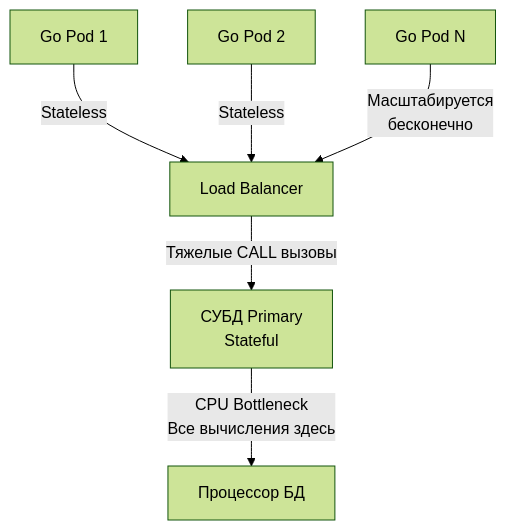
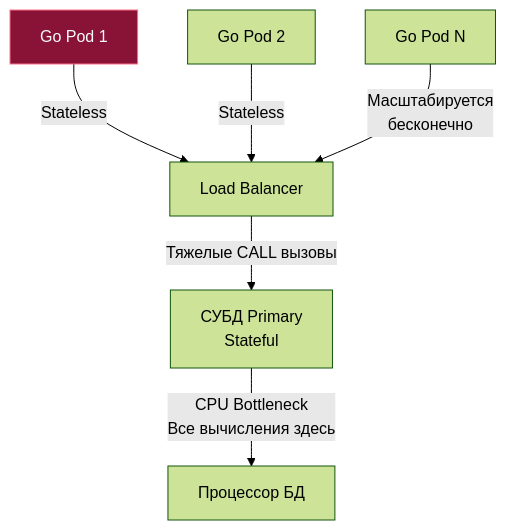
One commit to UnrealTemplier/go-textbook changed the diagram in sources/12. Базы данных/03. SQL продвинутый/10. Хранимые процедуры и функции.md. Above: the diagram before and after it, drawn with Mermaid (forest theme). The commit also changed 1666 other files, not shown here.

First line of the commit message:
feat(mermaid): add semantic color classDef to 1369 colorless flowchart/graph diagrams

````diff
--- a/sources/12. Базы данных/03. SQL продвинутый/10. Хранимые процедуры и функции.md
+++ b/sources/12. Базы данных/03. SQL продвинутый/10. Хранимые процедуры и функции.md
@@ -131,10 +131,20 @@
 ```mermaid
 flowchart TD
-    GoNode1["Go Pod 1"] -->|"Stateless"| LoadBalancer["Load Balancer"]
+    classDef process  fill:#1e293b,stroke:#38bdf8,stroke-width:1px,color:#f8fafc
+    classDef success  fill:#064e3b,stroke:#34d399,stroke-width:1px,color:#f8fafc
+    classDef error    fill:#7f1d1d,stroke:#f87171,stroke-width:1px,color:#f8fafc
+    classDef warning  fill:#78350f,stroke:#fbbf24,stroke-width:1px,color:#f8fafc
+    classDef entry    fill:#1e3a5f,stroke:#38bdf8,stroke-width:2px,color:#f8fafc
+    classDef aux      fill:#334155,stroke:#64748b,stroke-width:1px,color:#f8fafc
+    classDef system   fill:#312e81,stroke:#a78bfa,stroke-width:1px,color:#f8fafc
+    classDef data     fill:#132d29,stroke:#2dd4bf,stroke-width:1px,color:#f8fafc
+    classDef network  fill:#881337,stroke:#fb7185,stroke-width:1px,color:#f8fafc
+    classDef accent   fill:#1e1b4b,stroke:#818cf8,stroke-width:1px,color:#f8fafc
+    GoNode1["Go Pod 1"]:::network -->|"Stateless"| LoadBalancer["Load Balancer"]
     GoNode2["Go Pod 2"] -->|"Stateless"| LoadBalancer
     GoNodeN["Go Pod N"] -->|"Масштабируется<br>бесконечно"| LoadBalancer
     
     LoadBalancer -->|"Тяжелые CALL вызовы"| DBPrimary["СУБД Primary<br>Stateful"]
     
     DBPrimary -->|"CPU Bottleneck<br>Все вычисления здесь"| CPU["Процессор БД"]
 ```
````
